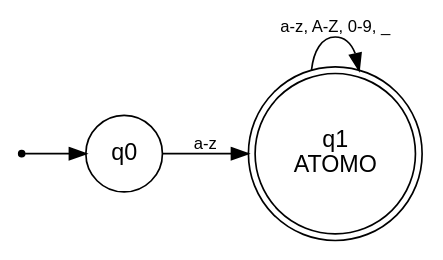
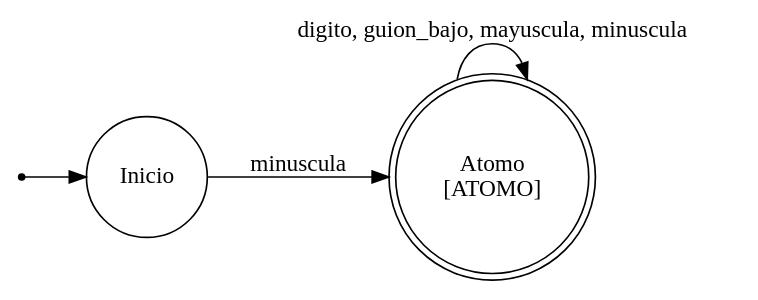
The diagram in docs/automatas/atomo.dot (Insert-name-115/Tarea-de-teoria-de-computacion), drawn with Graphviz before and after one commit. The commit also changed 19 other files, not shown here.

```diff
--- a/docs/automatas/atomo.dot
+++ b/docs/automatas/atomo.dot
@@ -1,10 +1,9 @@
-digraph "ATOMO" {
-  rankdir=LR;
-  node [fontname="Helvetica"]; edge [fontname="Helvetica", fontsize=10];
-  inicio [shape=point, label=""];
-  q0 [shape=circle];
-  q1 [shape=doublecircle, label="q1\nATOMO"];
-  inicio -> q0;
-  q0 -> q1 [label="a-z"];
-  q1 -> q1 [label="a-z, A-Z, 0-9, _"];
+digraph ATOMO {
+	rankdir=LR
+	"" [shape=point]
+	Atomo [label="Atomo\n[ATOMO]" penwidth=1 shape=doublecircle]
+	Inicio [label=Inicio penwidth=1 shape=circle]
+	"" -> Inicio
+	Inicio -> Atomo [label=minuscula]
+	Atomo -> Atomo [label="digito, guion_bajo, mayuscula, minuscula"]
 }
```
